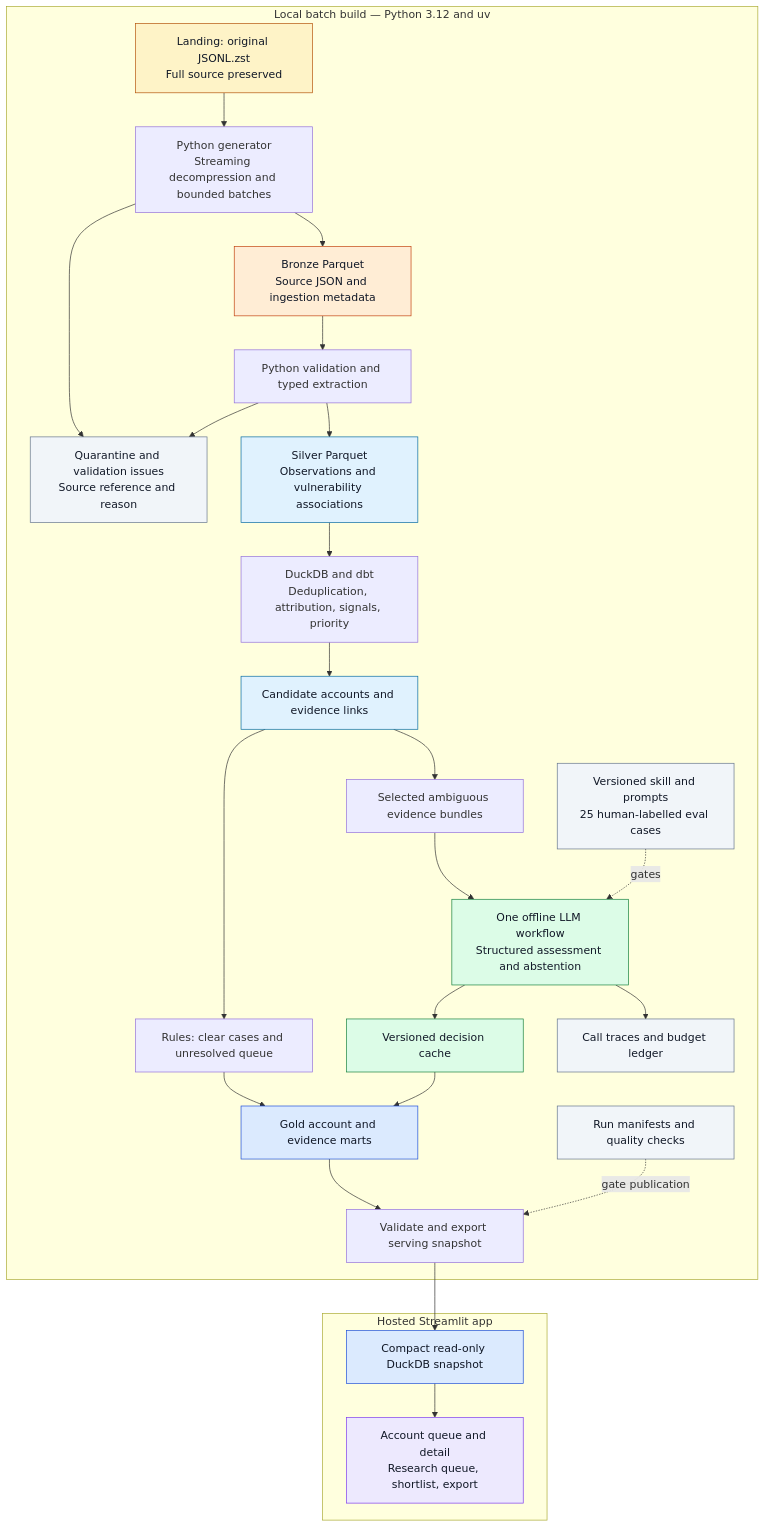
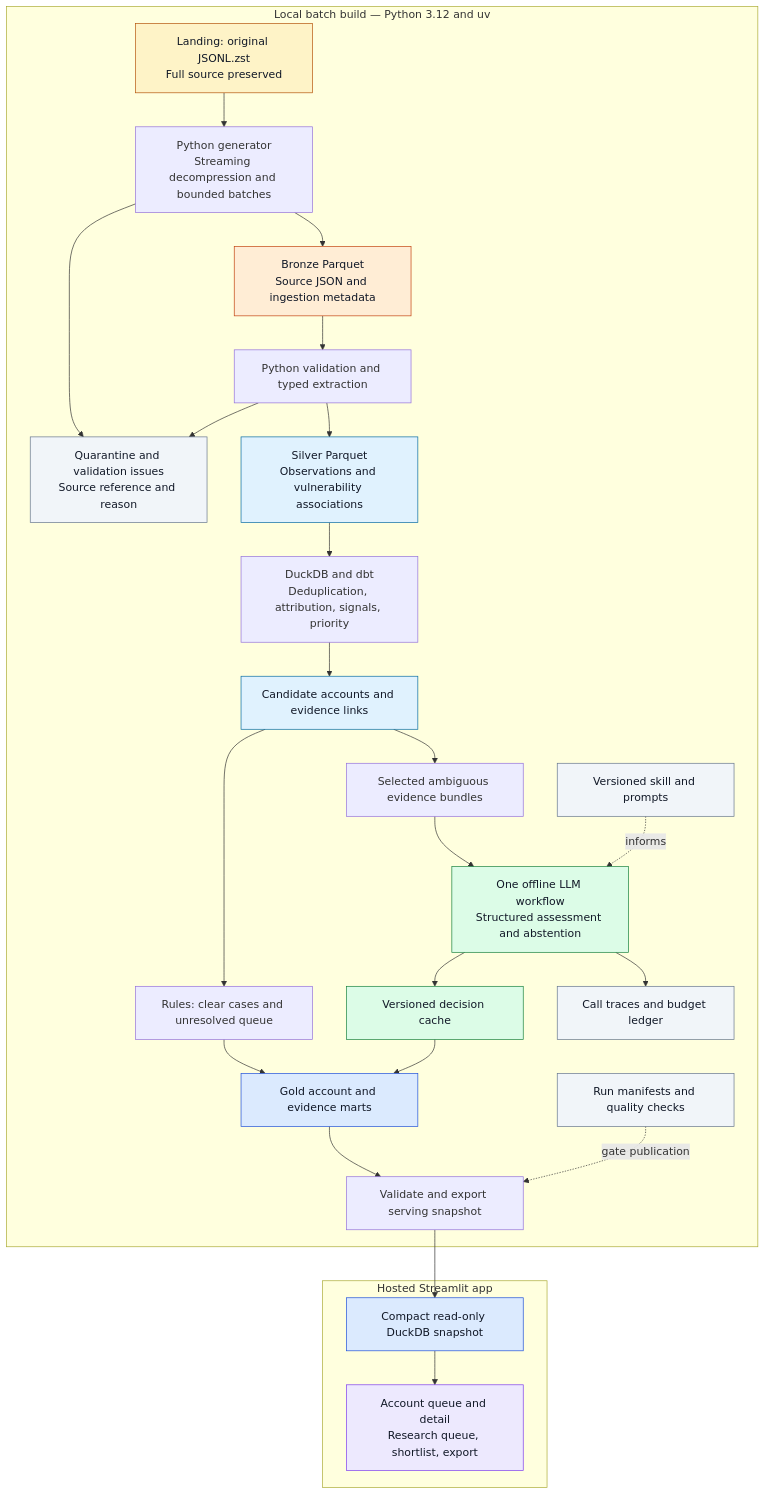
The diagram in docs/architecture-notes.md (ronyabrah18/welook), drawn with Mermaid before and after one commit. The commit also changed other lines of this file and 20 other files, not shown here.

````diff
--- a/docs/architecture-notes.md
+++ b/docs/architecture-notes.md
@@ -17,41 +17,41 @@
 ```mermaid
 flowchart TB
   subgraph LOCAL[Local batch build — Python 3.12 and uv]
     L[Landing: original JSONL.zst<br/>Full source preserved] --> I[Python generator<br/>Streaming decompression and bounded batches]
     I --> B[Bronze Parquet<br/>Source JSON and ingestion metadata]
     I --> Q[Quarantine and validation issues<br/>Source reference and reason]
     B --> V[Python validation and typed extraction]
     V --> Q
     V --> S[Silver Parquet<br/>Observations and vulnerability associations]
     S --> D[DuckDB and dbt<br/>Deduplication, attribution, signals, priority]
     D --> A[Candidate accounts and evidence links]
     A --> R[Rules: clear cases and unresolved queue]
     A --> E[Selected ambiguous evidence bundles]
     E --> M[One offline LLM workflow<br/>Structured assessment and abstention]
     M --> C[Versioned decision cache]
     M --> T[Call traces and budget ledger]
-    P[Versioned skill and prompts<br/>25 human-labelled eval cases] -. gates .-> M
+    P[Versioned skill and prompts] -. informs .-> M
     R --> G[Gold account and evidence marts]
     C --> G
     G --> X[Validate and export serving snapshot]
     J[Run manifests and quality checks] -. gate publication .-> X
   end
   X --> H
   subgraph HOSTED[Hosted Streamlit app]
     H[Compact read-only DuckDB snapshot] --> UI[Account queue and detail<br/>Research queue, shortlist, export]
   end
   classDef source fill:#fef3c7,stroke:#b45309,color:#111827;
   classDef bronze fill:#ffedd5,stroke:#c2410c,color:#111827;
   classDef silver fill:#e0f2fe,stroke:#0369a1,color:#111827;
   classDef gold fill:#dbeafe,stroke:#1d4ed8,color:#111827;
   classDef ai fill:#dcfce7,stroke:#15803d,color:#111827;
   classDef control fill:#f1f5f9,stroke:#64748b,color:#111827;
   classDef app fill:#ede9fe,stroke:#7c3aed,color:#111827;
   class L source;
   class B bronze;
   class S,A silver;
   class G,H gold;
   class M,C ai;
   class Q,T,P,J control;
   class UI app;
 ```
````
